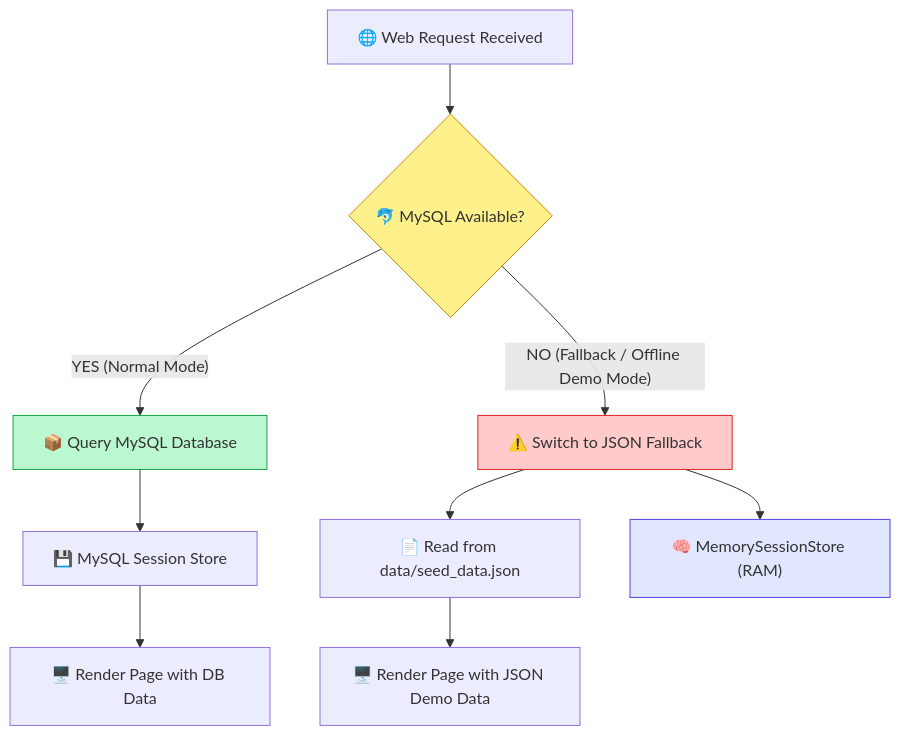
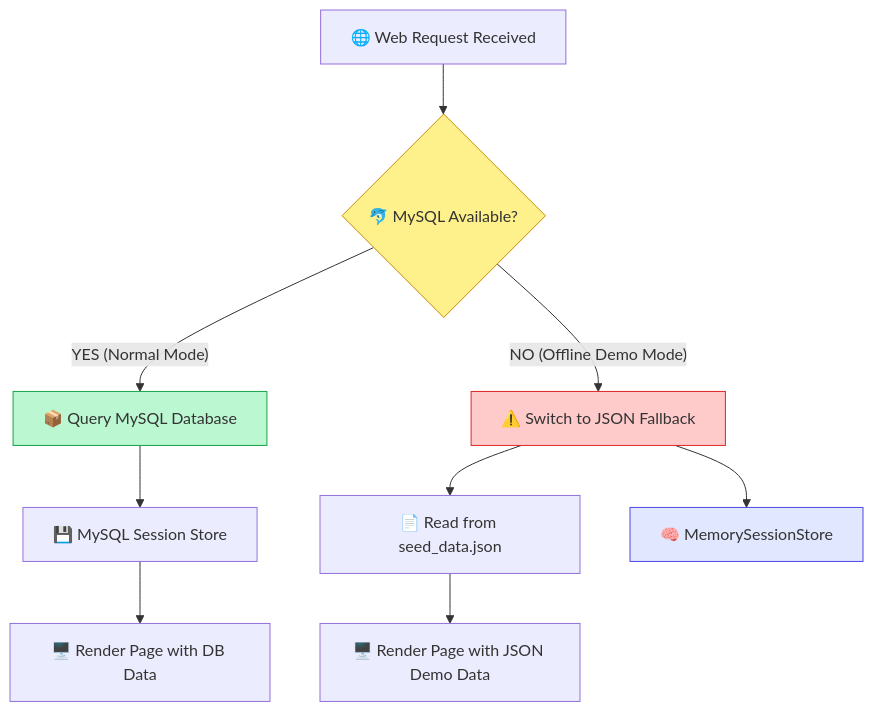
The third of 5 diagrams in PROJECT_GUIDE_BN.md (CodeWithPritom/EWUELS-Project), drawn with Mermaid before and after one commit. The commit also changed other lines of this file, not shown here.

Commit message:
Fix Mermaid diagram syntax

````diff
--- a/PROJECT_GUIDE_BN.md
+++ b/PROJECT_GUIDE_BN.md
@@ -102,18 +95,18 @@
 ```mermaid
 graph TD
     A["🌐 Web Request Received"] --> B{"🐬 MySQL Available?"}
     
-    B -- YES (Normal Mode) --> C["📦 Query MySQL Database"]
+    B -->|"YES (Normal Mode)"| C["📦 Query MySQL Database"]
     C --> D["💾 MySQL Session Store"]
     D --> E["🖥️ Render Page with DB Data"]
 
-    B -- NO (Fallback / Offline Demo Mode) --> F["⚠️ Switch to JSON Fallback"]
-    F --> G["📄 Read from data/seed_data.json"]
-    F --> H["🧠 MemorySessionStore (RAM)"]
+    B -->|"NO (Offline Demo Mode)"| F["⚠️ Switch to JSON Fallback"]
+    F --> G["📄 Read from seed_data.json"]
+    F --> H["🧠 MemorySessionStore"]
     G --> I["🖥️ Render Page with JSON Demo Data"]
 
     style B fill:#fef08a,stroke:#ca8a04
     style C fill:#bbf7d0,stroke:#16a34a
     style F fill:#fecaca,stroke:#dc2626
     style H fill:#e0e7ff,stroke:#4f46e5
 ```
````
